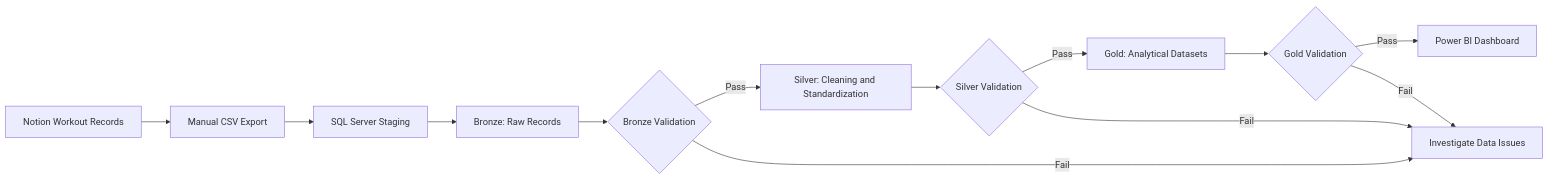
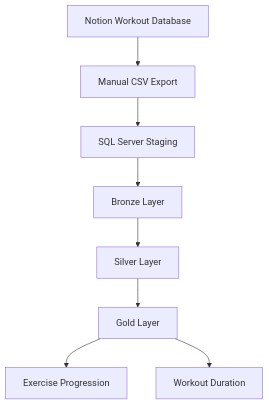
One commit to laurogime/Gym_Data_Pipeline changed the diagram in A. Manual End-to-End Pipeline/README.md. Above: the diagram before and after it, drawn with Mermaid. The commit also changed other lines of this file, not shown here.

````diff
--- a/A. Manual End-to-End Pipeline/README.md
+++ b/A. Manual End-to-End Pipeline/README.md
@@ -28,15 +28,10 @@
 ```mermaid
-flowchart LR
-    A["Notion Workout Records"] --> B["Manual CSV Export"]
-    B --> C["SQL Server Staging"]
-    C --> D["Bronze: Raw Records"]
-    D --> E{"Bronze Validation"}
-    E -->|Pass| F["Silver: Cleaning and Standardization"]
-    E -->|Fail| X["Investigate Data Issues"]
-    F --> G{"Silver Validation"}
-    G -->|Pass| H["Gold: Analytical Datasets"]
-    G -->|Fail| X
-    H --> I{"Gold Validation"}
-    I -->|Pass| J["Power BI Dashboard"]
-    I -->|Fail| X
+flowchart TD
+    A[Notion Workout Database] --> B[Manual CSV Export]
+    B --> C[SQL Server Staging]
+    C --> D[Bronze Layer]
+    D --> E[Silver Layer]
+    E --> F[Gold Layer]
+    F --> G[Exercise Progression]
+    F --> H[Workout Duration]
 ```
````
